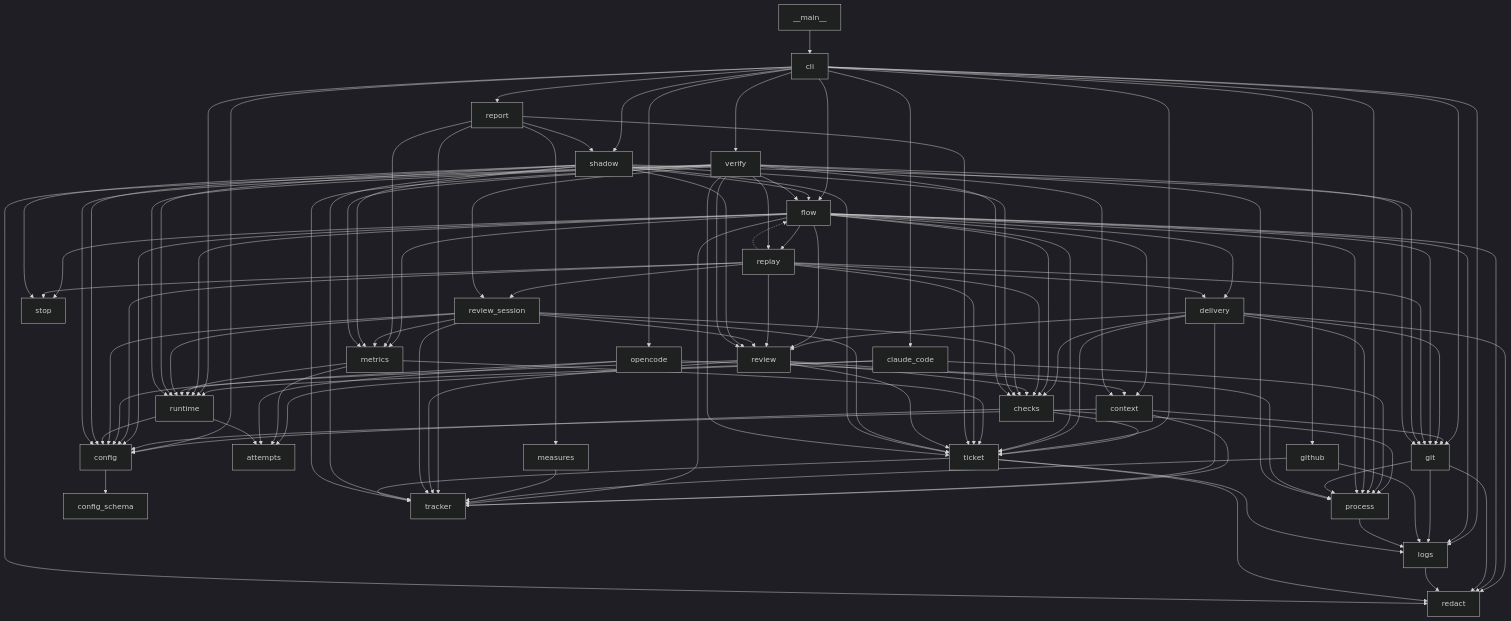
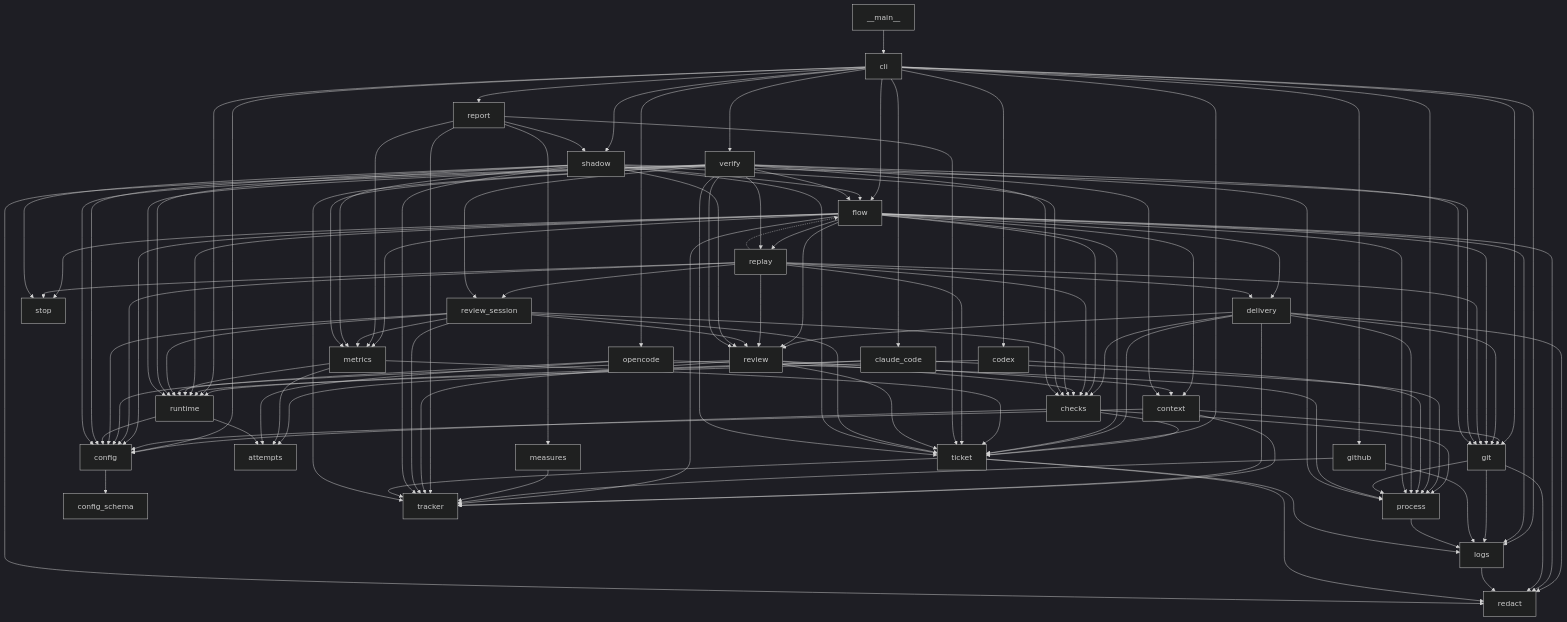
One commit to plaplanche/ariane changed the first of 6 diagrams in docs/architecture/3-components.md. Above: the diagram before and after it, drawn with Mermaid (dark theme). The commit also changed other lines of this file and 30 other files, not shown here.

Commit message:
#157: Codex as a reviewer runtime: read-only codex exec on a ChatGPT plan or an API key, with a quota stop (C5, C10)

```diff
--- a/docs/architecture/3-components.md
+++ b/docs/architecture/3-components.md
@@ -17,6 +17,7 @@
   claude_code --> process
   claude_code --> runtime
   cli --> claude_code
+  cli --> codex
   cli --> config
   cli --> flow
   cli --> git
@@ -29,6 +30,8 @@
   cli --> shadow
   cli --> ticket
   cli --> verify
+  codex --> process
+  codex --> runtime
   config --> config_schema
   context --> config
   context --> git
```
